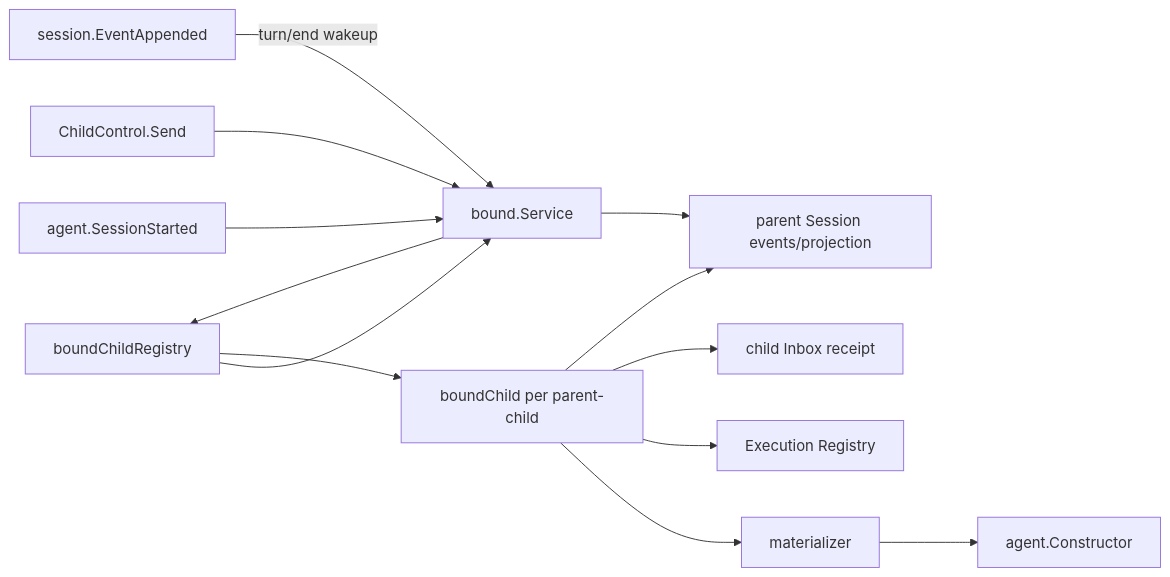
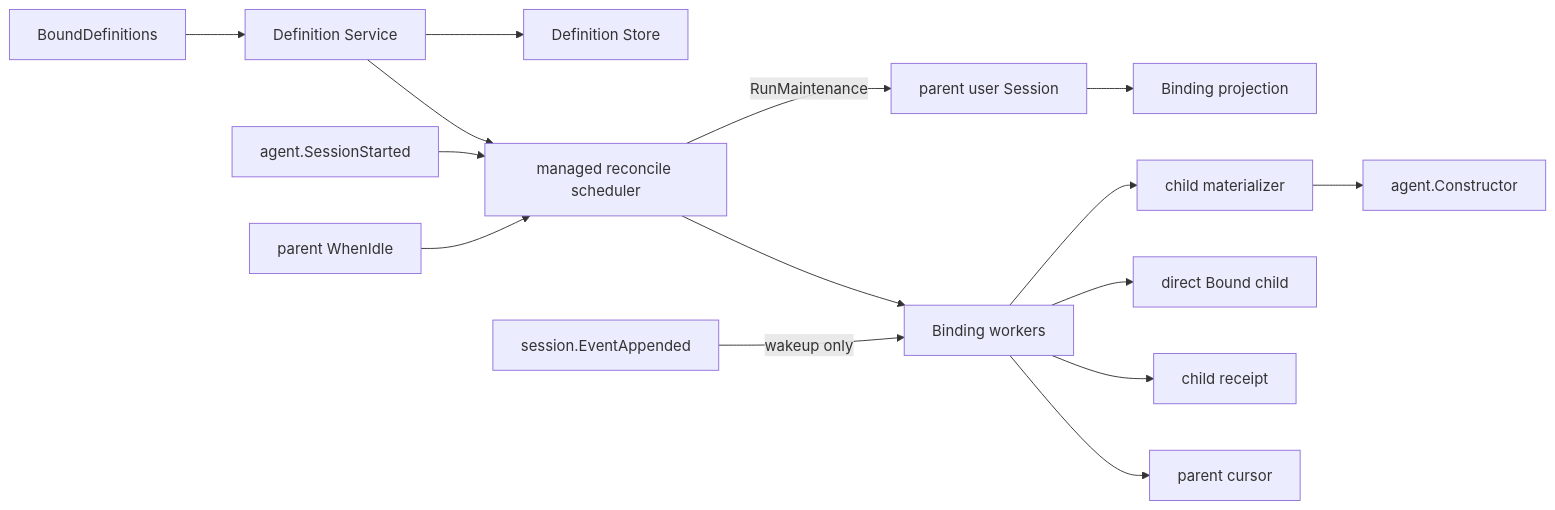
One commit to gorenx/goren changed the diagram in subagent/internal/bound/README.zh-CN.md. Above: the diagram before and after it, drawn with Mermaid. The commit also changed other lines of this file and 7 other files, not shown here.

Commit message:
docs(subagent): define global bound definitions

````diff
--- a/subagent/internal/bound/README.zh-CN.md
+++ b/subagent/internal/bound/README.zh-CN.md
@@ -5,15 +7,17 @@
 ```mermaid
 flowchart LR
-    Registry[BoundRegistry] --> Bound[bound.Service]
-    Started[agent.SessionStarted] --> Bound
-    Send[ChildControl.Send] --> Bound
-    Event[session.EventAppended] -->|turn/end wakeup| Bound
-    Bound --> Parent[parent Session events/projection]
-    Bound --> Registry[boundChildRegistry]
-    Registry --> Child[boundChild per parent-child]
-    Child --> Materializer[materializer]
+    API[BoundDefinitions] --> Definitions[Definition Service]
+    Definitions --> Store[Definition Store]
+    Definitions --> Scheduler[managed reconcile scheduler]
+    Started[agent.SessionStarted] --> Scheduler
+    Idle[parent WhenIdle] --> Scheduler
+    Scheduler -->|RunMaintenance| Parent[parent user Session]
+    Parent --> Bindings[Binding projection]
+    Scheduler --> Workers[Binding workers]
+    Event[session.EventAppended] -->|wakeup only| Workers
+    Workers --> Materializer[child materializer]
     Materializer --> Constructor[agent.Constructor]
-    Child --> Execution[Execution Registry]
-    Child --> Inbox[child Inbox receipt]
-    Child --> Parent
+    Workers --> Child[direct Bound child]
+    Workers --> Receipt[child receipt]
+    Workers --> Cursor[parent cursor]
 ```
````
